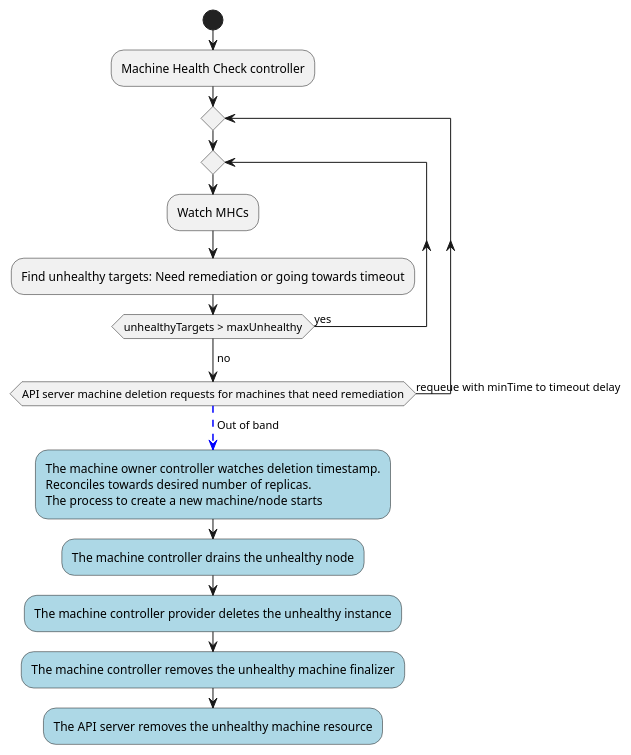
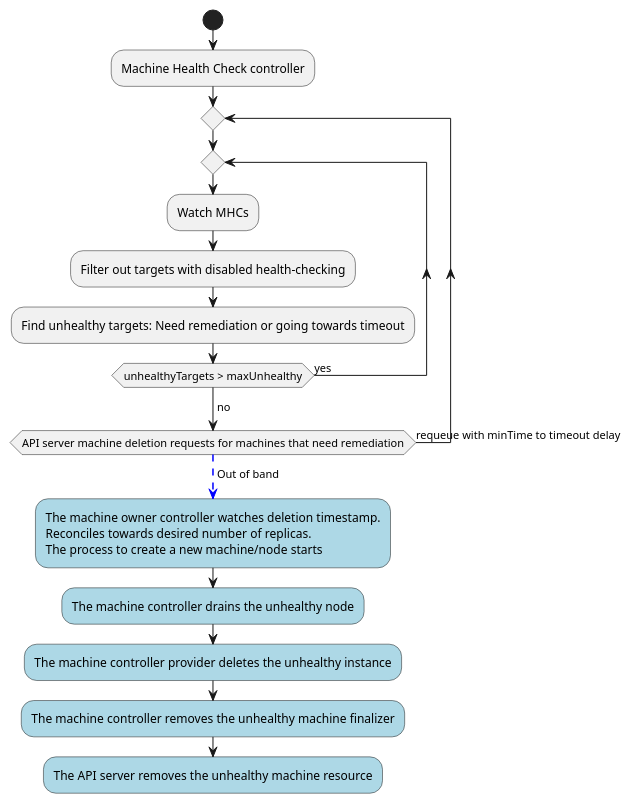
One commit to openshift/enhancements changed the diagram in enhancements/machine-api/mhc.plantuml. Above: the diagram before and after it, drawn with PlantUML. The commit also changed 3 other files, not shown here.

Commit message:
machine health-checking: add disable annotation

```diff
--- a/enhancements/machine-api/mhc.plantuml
+++ b/enhancements/machine-api/mhc.plantuml
@@ -1,20 +1,21 @@
 @startuml
 start;
 :Machine Health Check controller;
 repeat
   repeat
     :Watch MHCs;
+    :Filter out targets with disabled health-checking;
     :Find unhealthy targets: Need remediation or going towards timeout;
   repeat while (unhealthyTargets > maxUnhealthy) is (yes)
   -> no;
 repeat while (API server machine deletion requests for machines that need remediation) is (requeue with minTime to timeout delay)
 
 -[#blue,dashed]-> Out of band;
 #LightBlue:The machine owner controller watches deletion timestamp.
 Reconciles towards desired number of replicas.
 The process to create a new machine/node starts;
 #LightBlue:The machine controller drains the unhealthy node;
 #LightBlue:The machine controller provider deletes the unhealthy instance;
 #LightBlue:The machine controller removes the unhealthy machine finalizer;
 #LightBlue:The API server removes the unhealthy machine resource;
 @enduml
```
